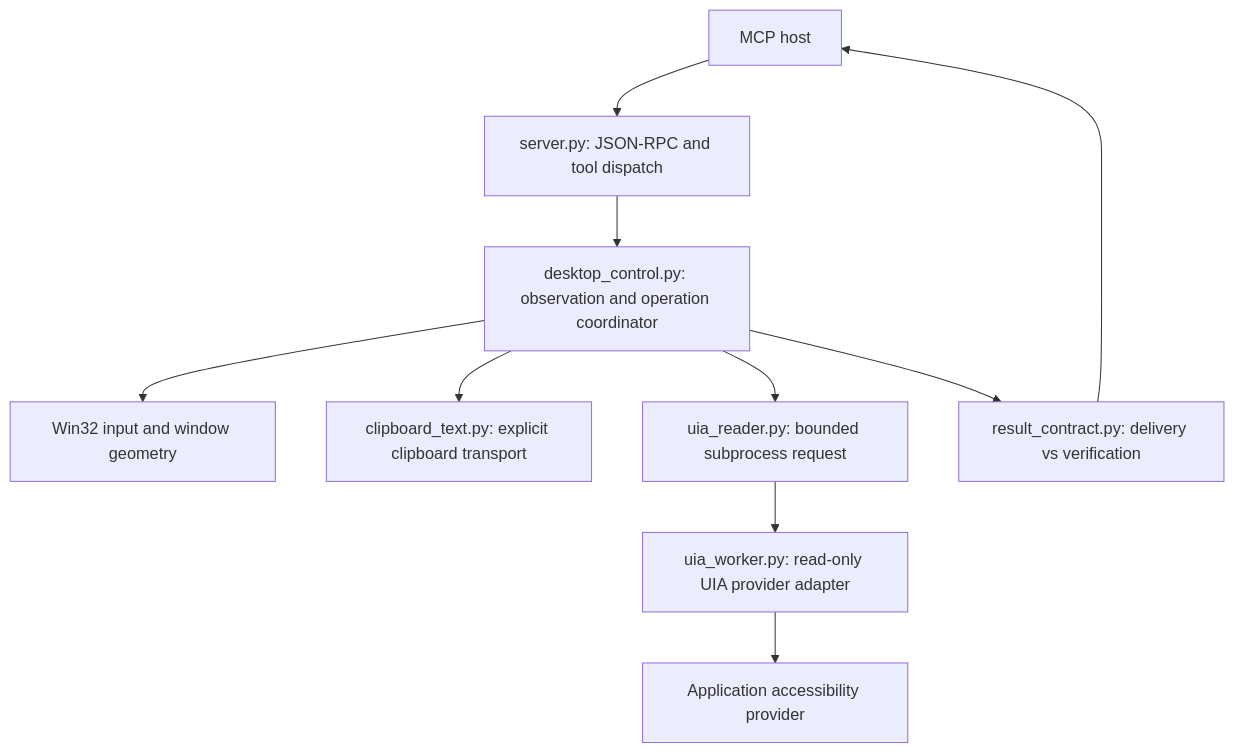
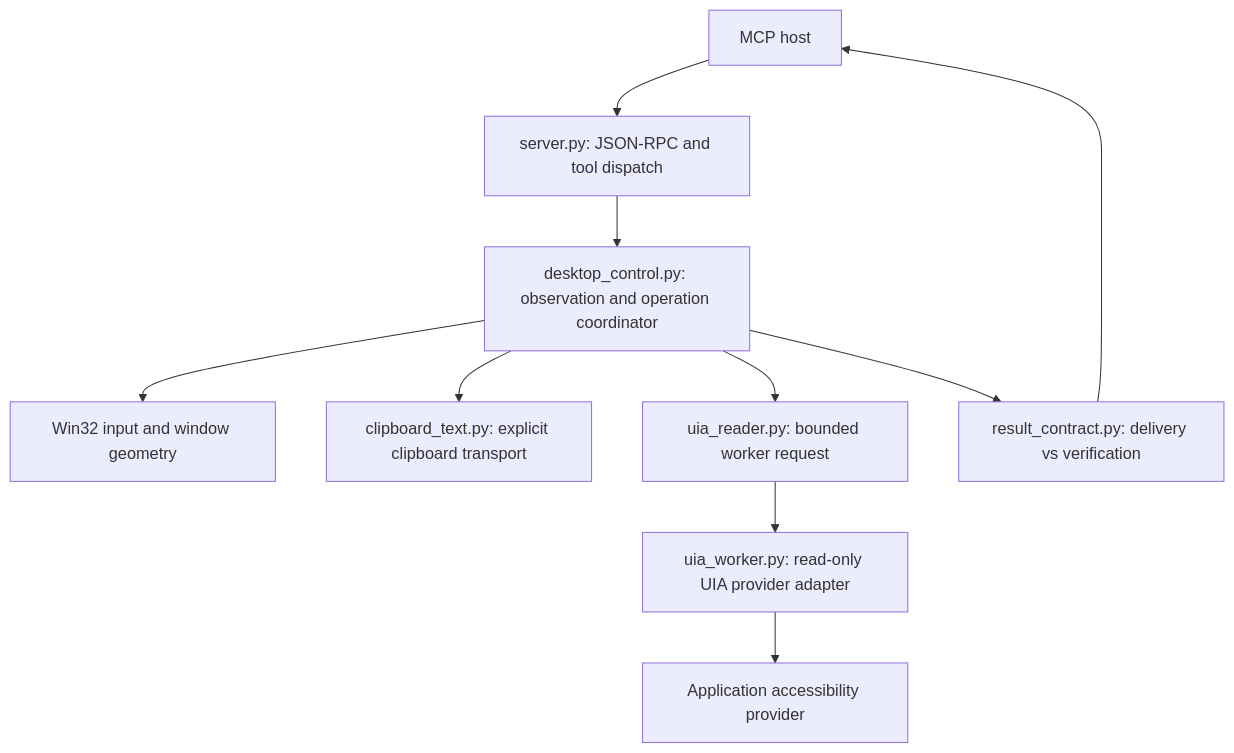
The first of 2 diagrams in ARCHITECTURE.md (akaradje/mimo-desktop), drawn with Mermaid before and after one commit. The commit also changed other lines of this file and 10 other files, not shown here.

First line of the commit message:
Add a read-only wait, window filters, and a persistent UIA worker

````diff
--- a/ARCHITECTURE.md
+++ b/ARCHITECTURE.md
@@ -24,12 +24,12 @@
 ```mermaid
 flowchart TD
     Host[MCP host] --> RPC[server.py: JSON-RPC and tool dispatch]
     RPC --> Desktop[desktop_control.py: observation and operation coordinator]
     Desktop --> Win32[Win32 input and window geometry]
     Desktop --> Clipboard[clipboard_text.py: explicit clipboard transport]
-    Desktop --> Reader[uia_reader.py: bounded subprocess request]
+    Desktop --> Reader[uia_reader.py: bounded worker request]
     Reader --> Worker[uia_worker.py: read-only UIA provider adapter]
     Worker --> App[Application accessibility provider]
     Desktop --> Contract[result_contract.py: delivery vs verification]
     Contract --> Host
 ```
````
